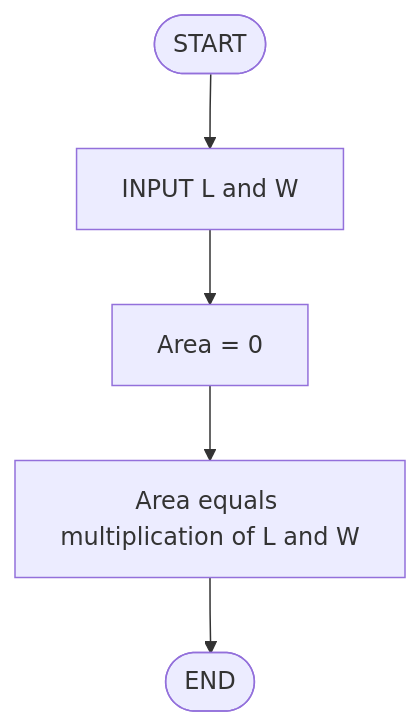
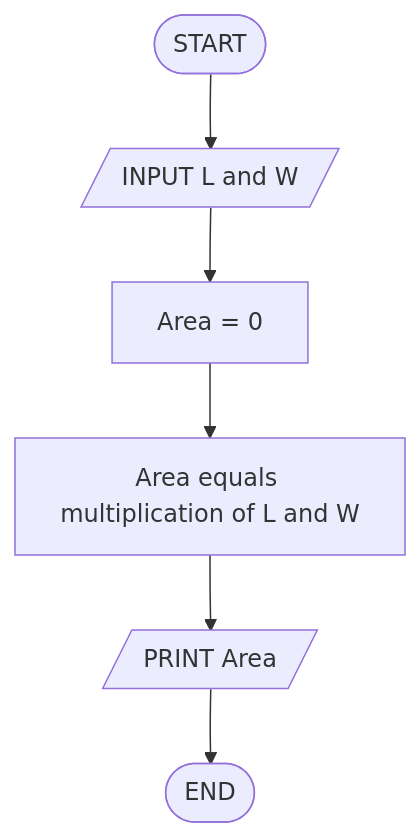
Before and after one commit to SangeethaNachimuthu/pseudocode-flowchart-workshop: the diagram in Exercise 7/AreaOfRectangular.md, drawn with Mermaid. The commit also changed 10 other files, not shown here.

````diff
--- a/Exercise 7/AreaOfRectangular.md
+++ b/Exercise 7/AreaOfRectangular.md
@@ -1,7 +1,8 @@
 ```mermaid
 flowchart TD
-    A([START]) --> B[INPUT L and W]
+    A([START]) --> B[/INPUT L and W/]
     B --> C[Area = 0]
     C --> D[Area equals multiplication of L and W]
-    D --> E([END])
+    D --> E[/PRINT Area/]
+    E --> F([END])
 ```
````
